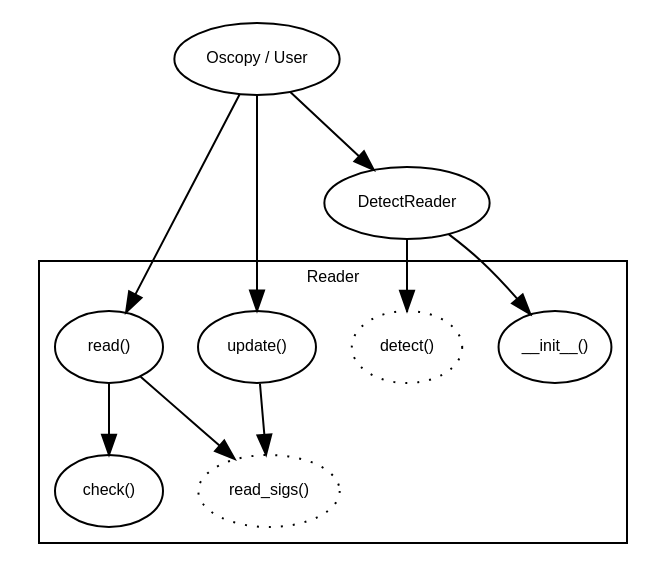
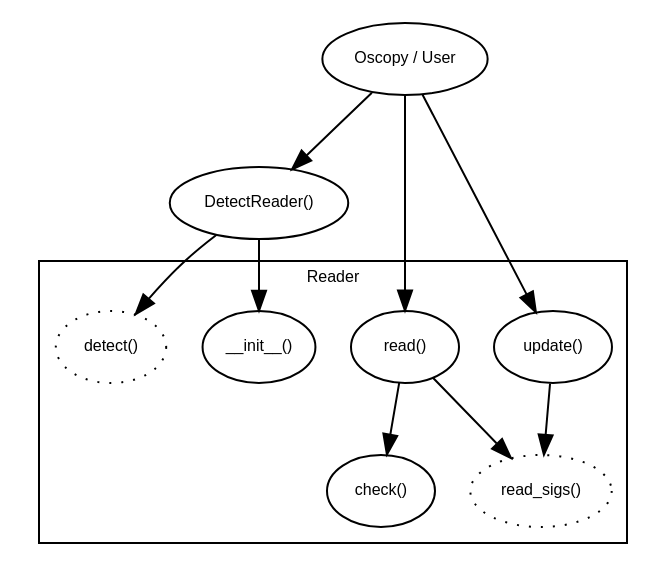
The diagram in doc/manual/dot/readers.dot (agardelein/oscopy), drawn with Graphviz before and after one commit. The commit also changed 7 other files, not shown here.

```diff
--- a/doc/manual/dot/readers.dot
+++ b/doc/manual/dot/readers.dot
@@ -1,21 +1,22 @@
 digraph readers {
 	node [fontname="Helvetica",fontsize=8] ;
 	rankdir=TB;
 	User [label="Oscopy / User"]
+	DetectReader [label="DetectReader()"]
 	subgraph cluster0 {
 		fontname="Helvetica";
 		fontsize=8 ;
 		label="Reader"
+		init [label="__init__()"]
+		detect [label="detect()",style=dotted]
 		read_sigs [label="read_sigs()",style=dotted]
 		read [label="read()"]
 		update [label="update()"]
-		init [label="__init__()"]
-		detect [label="detect()",style=dotted]
 		check [label="check()"]
 		}
 	User -> read -> read_sigs
 	User -> update -> read_sigs
-	User -> DetectReader -> init
-	DetectReader -> detect
+	User -> DetectReader -> detect
+	DetectReader -> init
 	read -> check
 }
```
